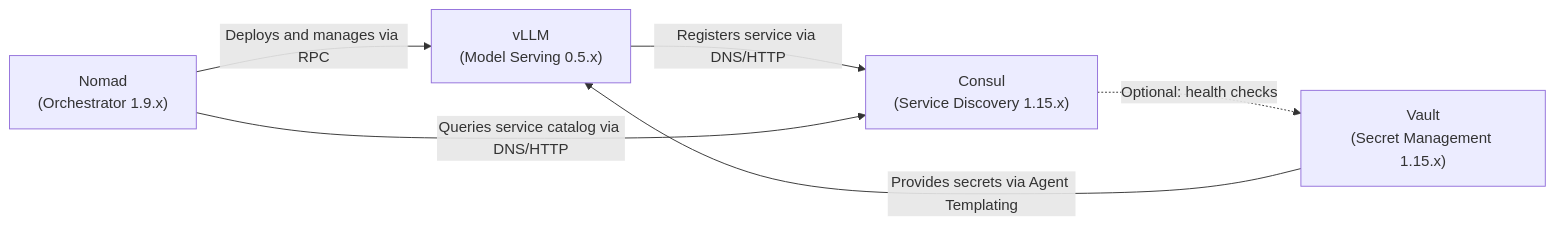
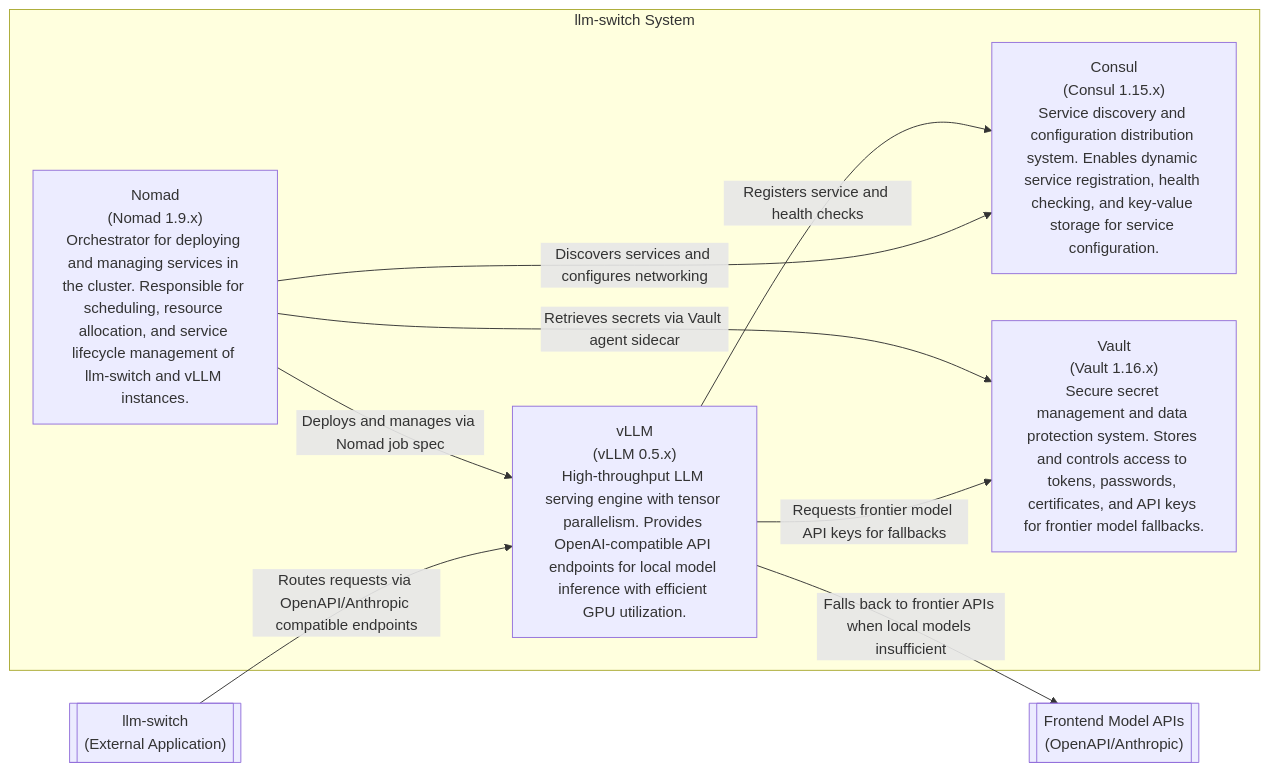
Before and after one commit to geraldthewes/llm-switch: the diagram in knowledge/architecture/decisions/ADR-001-vllm-deployment-architecture.md, drawn with Mermaid. The commit also changed other lines of this file and 8 other files, not shown here.

````diff
--- a/knowledge/architecture/decisions/ADR-001-vllm-deployment-architecture.md
+++ b/knowledge/architecture/decisions/ADR-001-vllm-deployment-architecture.md
@@ -31,15 +40,30 @@
 ```mermaid
 flowchart LR
-    %% Container Nodes
-    nomad["Nomad\n(Orchestrator 1.9.x)"]
-    consul["Consul\n(Service Discovery 1.15.x)"]
-    vault["Vault\n(Secret Management 1.15.x)"]
-    vllm["vLLM\n(Model Serving 0.5.x)"]
+    %% Containers with technology and responsibility descriptions (10-50 words)
+    nomad["Nomad\n(Nomad 1.9.x)\nOrchestrator for deploying and managing services in the cluster. Responsible for scheduling, resource allocation, and service lifecycle management of llm-switch and vLLM instances."]
+    consul["Consul\n(Consul 1.15.x)\nService discovery and configuration distribution system. Enables dynamic service registration, health checking, and key-value storage for service configuration."]
+    vault["Vault\n(Vault 1.16.x)\nSecure secret management and data protection system. Stores and controls access to tokens, passwords, certificates, and API keys for frontier model fallbacks."]
+    vllm["vLLM\n(vLLM 0.5.x)\nHigh-throughput LLM serving engine with tensor parallelism. Provides OpenAI-compatible API endpoints for local model inference with efficient GPU utilization."]
 
     %% Relationships
-    nomad -->|"Deploys and manages via RPC"| vllm
-    vllm -->|"Registers service via DNS/HTTP"| consul
-    nomad -->|"Queries service catalog via DNS/HTTP"| consul
-    vault -->|"Provides secrets via Agent Templating"| vllm
-    consul -.->|"Optional: health checks"| vault
+    nomad -->|"Deploys and manages via Nomad job spec"| vllm
+    vllm -->|"Registers service and health checks"| consul
+    nomad -->|"Discovers services and configures networking"| consul
+    nomad -->|"Retrieves secrets via Vault agent sidecar"| vault
+    vllm -->|"Requests frontier model API keys for fallbacks"| vault
+
+    %% Boundaries
+    subgraph sys["llm-switch System"]
+        nomad
+        consul
+        vault
+        vllm
+    end
+
+    %% External systems
+    llm_switch[["llm-switch\n(External Application)"]]
+    frontier_apis[["Frontend Model APIs\n(OpenAPI/Anthropic)"]]
+
+    llm_switch -->|"Routes requests via OpenAPI/Anthropic compatible endpoints"| vllm
+    vllm -->|"Falls back to frontier APIs when local models insufficient"| frontier_apis
 ```
````
